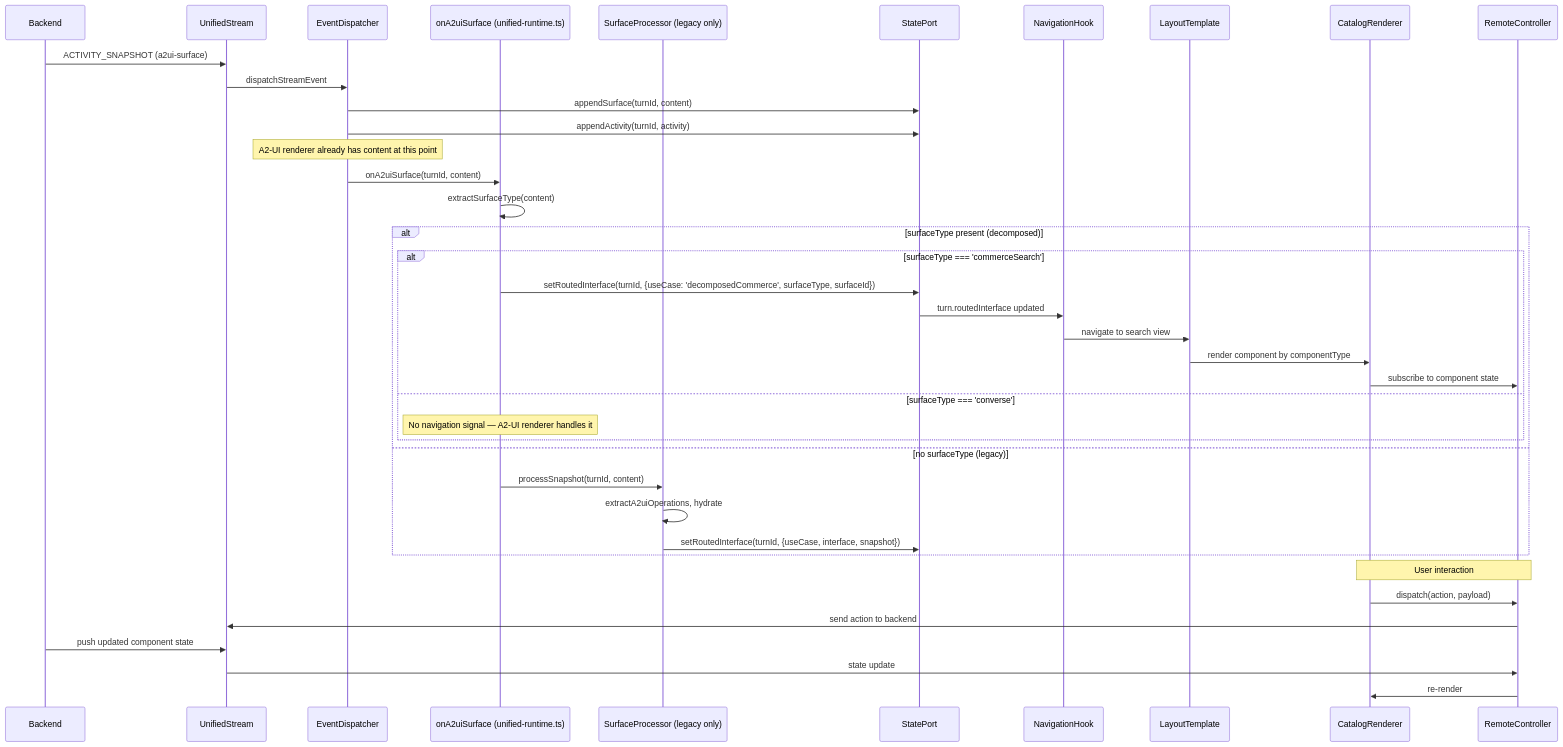
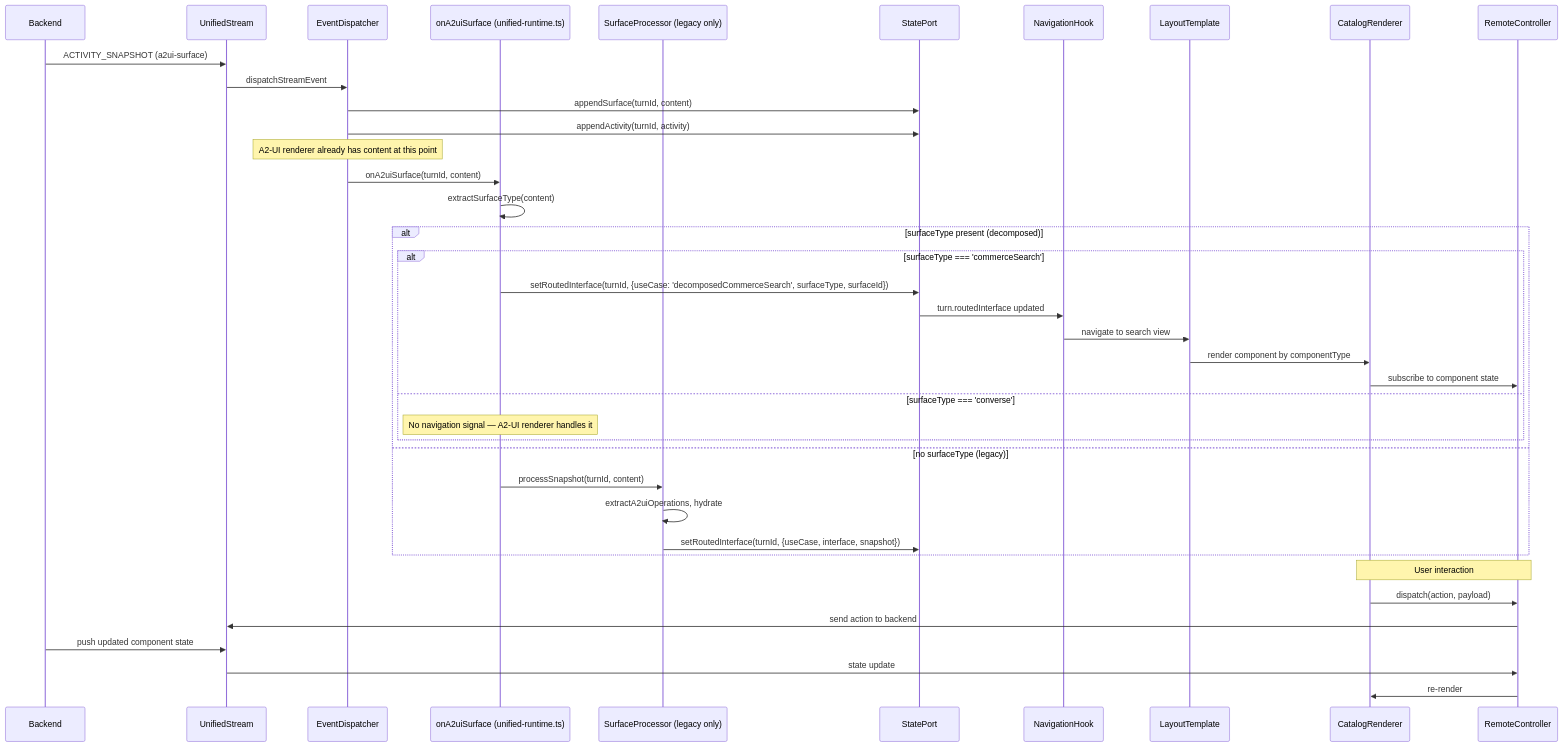
The first of 2 diagrams in .kiro/specs/commerce-surface-decomposition/design.md (coveo/ui-kit), drawn with Mermaid before and after one commit. The commit also changed other lines of this file and 16 other files, not shown here.

Commit message:
rename decomposedCommerce use case to decomposedCommerceSearch

````diff
--- a/.kiro/specs/commerce-surface-decomposition/design.md
+++ b/.kiro/specs/commerce-surface-decomposition/design.md
@@ -20,44 +20,44 @@
 ```mermaid
 sequenceDiagram
     participant Backend
     participant UnifiedStream
     participant EventDispatcher
     participant RuntimeCallback as onA2uiSurface (unified-runtime.ts)
     participant SurfaceProcessor as SurfaceProcessor (legacy only)
     participant StatePort
     participant NavigationHook
     participant LayoutTemplate
     participant CatalogRenderer
     participant RemoteController
 
     Backend->>UnifiedStream: ACTIVITY_SNAPSHOT (a2ui-surface)
     UnifiedStream->>EventDispatcher: dispatchStreamEvent
     EventDispatcher->>StatePort: appendSurface(turnId, content)
     EventDispatcher->>StatePort: appendActivity(turnId, activity)
     Note over EventDispatcher: A2-UI renderer already has content at this point
     EventDispatcher->>RuntimeCallback: onA2uiSurface(turnId, content)
     RuntimeCallback->>RuntimeCallback: extractSurfaceType(content)
 
     alt surfaceType present (decomposed)
         alt surfaceType === 'commerceSearch'
-            RuntimeCallback->>StatePort: setRoutedInterface(turnId, {useCase: 'decomposedCommerce', surfaceType, surfaceId})
+            RuntimeCallback->>StatePort: setRoutedInterface(turnId, {useCase: 'decomposedCommerceSearch', surfaceType, surfaceId})
             StatePort->>NavigationHook: turn.routedInterface updated
             NavigationHook->>LayoutTemplate: navigate to search view
             LayoutTemplate->>CatalogRenderer: render component by componentType
             CatalogRenderer->>RemoteController: subscribe to component state
         else surfaceType === 'converse'
             Note over RuntimeCallback: No navigation signal — A2-UI renderer handles it
         end
     else no surfaceType (legacy)
         RuntimeCallback->>SurfaceProcessor: processSnapshot(turnId, content)
         SurfaceProcessor->>SurfaceProcessor: extractA2uiOperations, hydrate
         SurfaceProcessor->>StatePort: setRoutedInterface(turnId, {useCase, interface, snapshot})
     end
 
     Note over CatalogRenderer,RemoteController: User interaction
     CatalogRenderer->>RemoteController: dispatch(action, payload)
     RemoteController->>UnifiedStream: send action to backend
     Backend->>UnifiedStream: push updated component state
     UnifiedStream->>RemoteController: state update
     RemoteController->>CatalogRenderer: re-render
 ```
````
